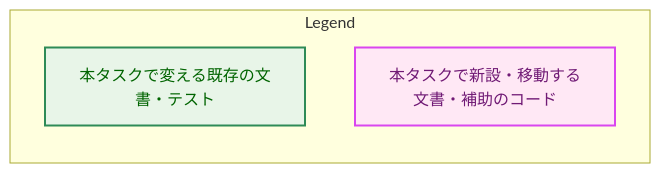
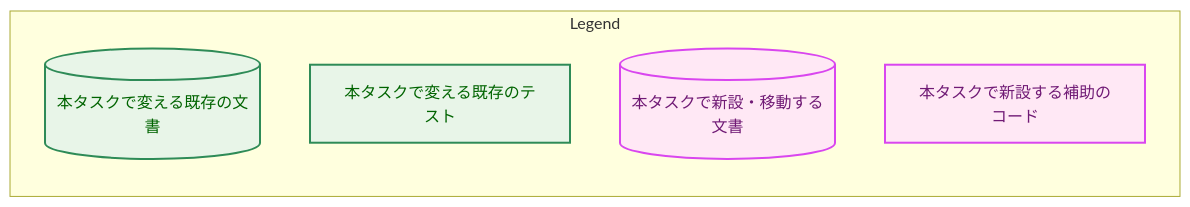
The fourth of 7 diagrams in docs/tasks/0048_doc_language_policy/02_architecture.md (isseis/yt2column), drawn with Mermaid before and after one commit. The commit also changed other lines of this file, not shown here.

First line of the commit message:
docs(0048): address the architecture review findings

````diff
--- a/docs/tasks/0048_doc_language_policy/02_architecture.md
+++ b/docs/tasks/0048_doc_language_policy/02_architecture.md
@@ -157,11 +153,13 @@
 ```mermaid
 flowchart LR
     classDef enhanced fill:#e8f5e8,stroke:#2e8b57,stroke-width:2px,color:#006400;
     classDef newpkg fill:#ffe8f5,stroke:#d946ef,stroke-width:2px,color:#701a75;
     subgraph Legend["Legend"]
-        L1["本タスクで変える既存の文書・テスト"]
-        L2["本タスクで新設・移動する文書・補助のコード"]
+        L1[("本タスクで変える既存の文書")]
+        L2["本タスクで変える既存のテスト"]
+        L3[("本タスクで新設・移動する文書")]
+        L4["本タスクで新設する補助のコード"]
     end
-    class L1 enhanced
-    class L2 newpkg
+    class L1,L2 enhanced
+    class L3,L4 newpkg
 ```
````
